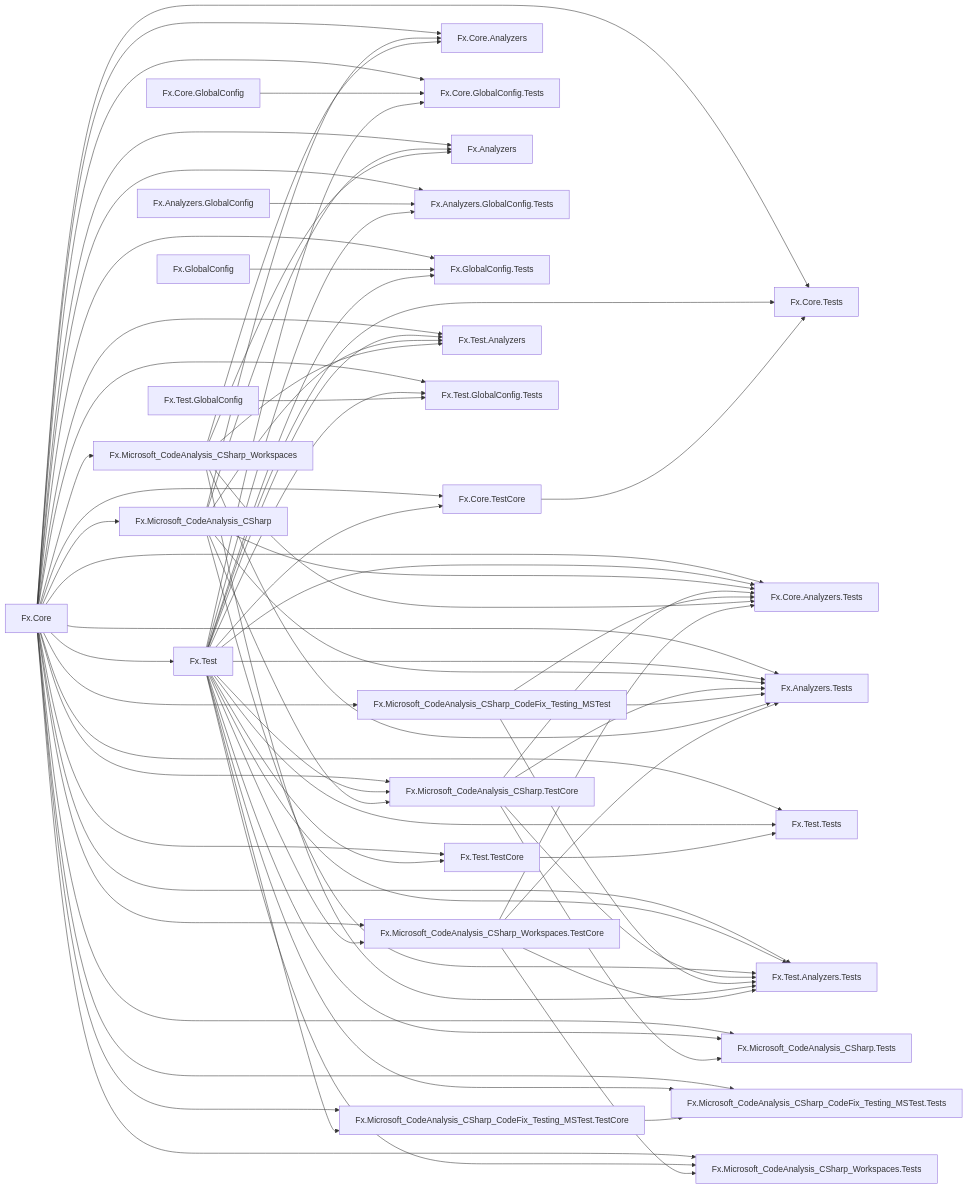
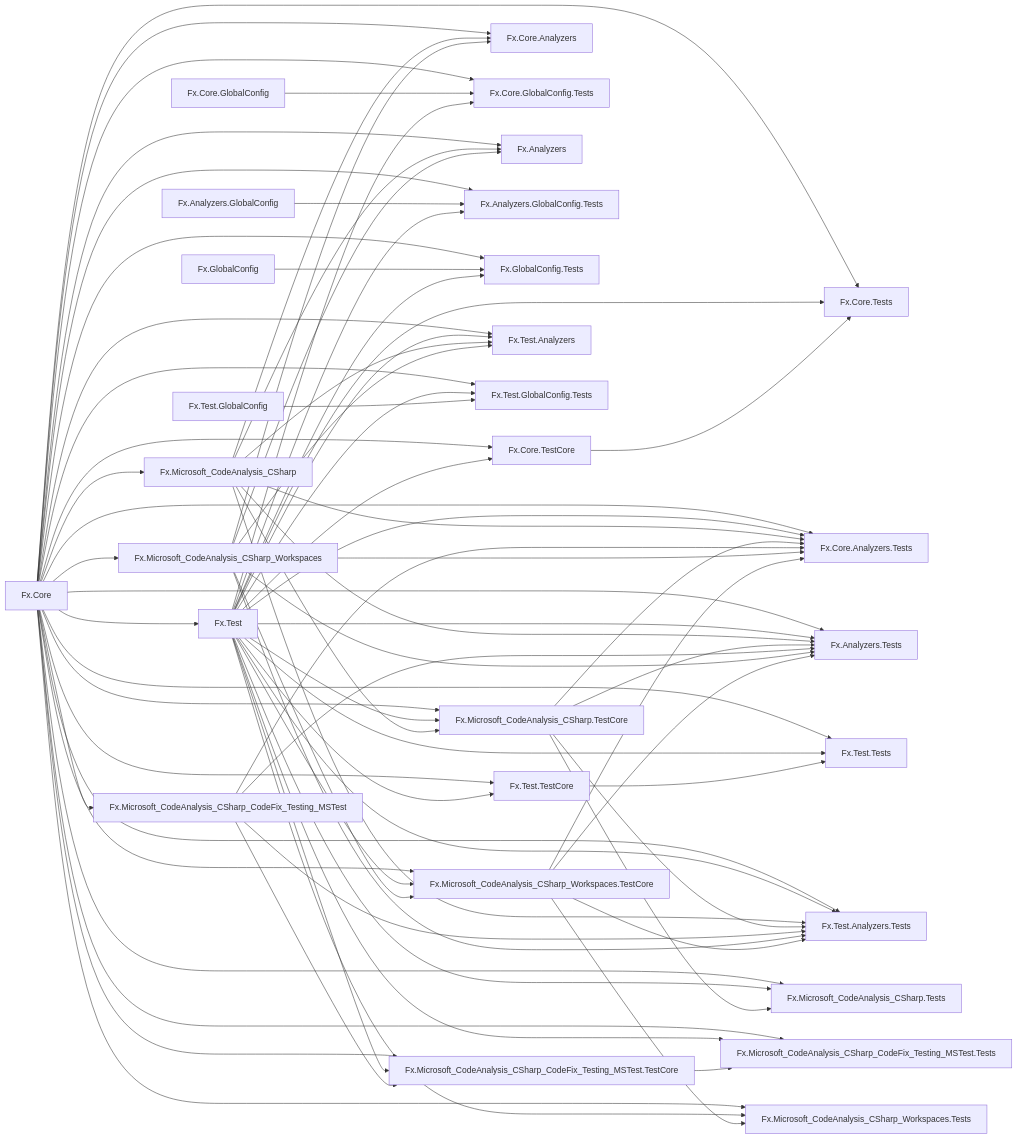
One commit to ravudet/Fx.Core changed the diagram in graph.md. Above: the diagram before and after it, drawn with Mermaid.

```diff
--- a/graph.md
+++ b/graph.md
@@ -113,6 +113,7 @@
 
 	Fx.Core --> Fx.Microsoft_CodeAnalysis_CSharp_CodeFix_Testing_MSTest.TestCore
 	Fx.Test --> Fx.Microsoft_CodeAnalysis_CSharp_CodeFix_Testing_MSTest.TestCore
+	Fx.Microsoft_CodeAnalysis_CSharp_CodeFix_Testing_MSTest --> Fx.Microsoft_CodeAnalysis_CSharp_CodeFix_Testing_MSTest.TestCore
 
 	Fx.Core --> Fx.Microsoft_CodeAnalysis_CSharp_CodeFix_Testing_MSTest.Tests
 	Fx.Test --> Fx.Microsoft_CodeAnalysis_CSharp_CodeFix_Testing_MSTest.Tests
@@ -122,6 +123,7 @@
 
 	Fx.Core --> Fx.Microsoft_CodeAnalysis_CSharp_Workspaces.TestCore
 	Fx.Test --> Fx.Microsoft_CodeAnalysis_CSharp_Workspaces.TestCore
+	Fx.Microsoft_CodeAnalysis_CSharp_Workspaces --> Fx.Microsoft_CodeAnalysis_CSharp_Workspaces.TestCore
 
 	Fx.Core --> Fx.Microsoft_CodeAnalysis_CSharp_Workspaces.Tests
 	Fx.Test --> Fx.Microsoft_CodeAnalysis_CSharp_Workspaces.Tests
```
